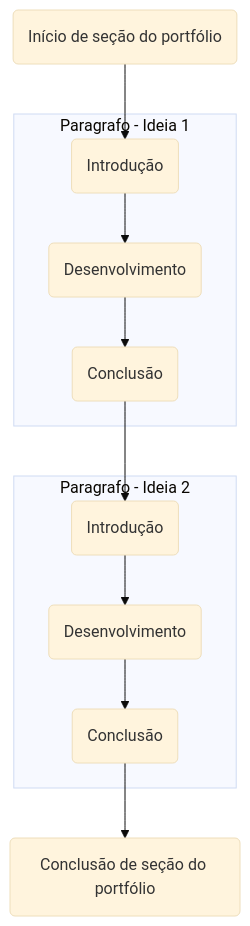
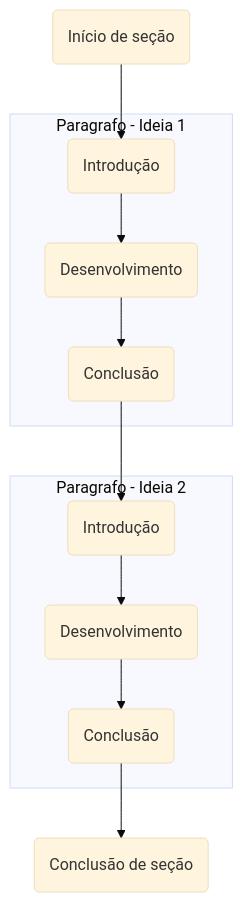
One commit to f290DSM/f290_dsm_pi6_rubrica_portfolio changed the second of 2 diagrams in README.md. Above: the diagram before and after it, drawn with Mermaid (base theme). The commit also changed other lines of this file, not shown here.

````diff
--- a/README.md
+++ b/README.md
@@ -127,27 +127,27 @@
 ```mermaid
     graph TB
 
     subgraph Paragrafo - Ideia 2
         p2i(Introdução)
         p2d(Desenvolvimento)
         p2c(Conclusão)
     end
 
     subgraph Paragrafo - Ideia 1
         p1i(Introdução)
         p1d(Desenvolvimento)
         p1c(Conclusão)
     end
     
-    is(Início de seção do portfólio)
-    cs(Conclusão de seção do portfólio)
+    is(Início de seção)
+    cs(Conclusão de seção)
 
     is --> p1i
     p1i --> p1d
     p1d --> p1c
     p2i --> p2d
     p2d --> p2c
     p1c --> p2i
     p2c --> cs
 
 ```
````
